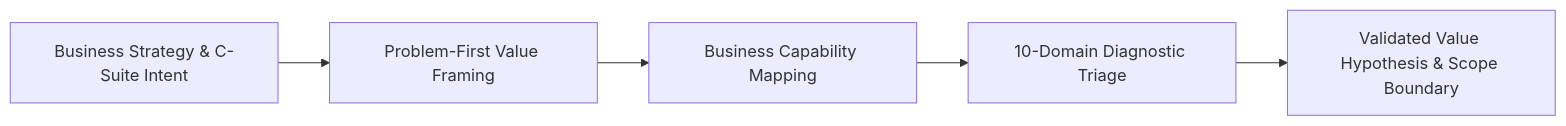
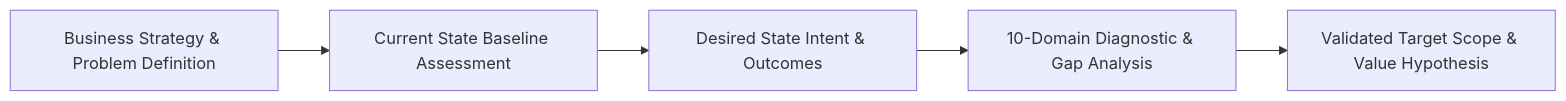
One commit to avfranco-br/portfolio changed the first of 2 diagrams in docs/sop/01-frame-align.md. Above: the diagram before and after it, drawn with Mermaid. The commit also changed other lines of this file and 8 other files, not shown here.

Commit message:
refactor(sop): make SOP technology-agnostic, add Current/Desired state to Stage 01, and decouple Stage 04 from CAS

````diff
--- a/docs/sop/01-frame-align.md
+++ b/docs/sop/01-frame-align.md
@@ -19,7 +21,7 @@
 ```mermaid
 graph LR
-    A["Business Strategy & C-Suite Intent"] --> B["Problem-First Value Framing"]
-    B --> C["Business Capability Mapping"]
-    C --> D["10-Domain Diagnostic Triage"]
-    D --> E["Validated Value Hypothesis & Scope Boundary"]
+    A["Business Strategy & Problem Definition"] --> B["Current State Baseline Assessment"]
+    B --> C["Desired State Intent & Outcomes"]
+    C --> D["10-Domain Diagnostic & Gap Analysis"]
+    D --> E["Validated Target Scope & Value Hypothesis"]
 ```
````
